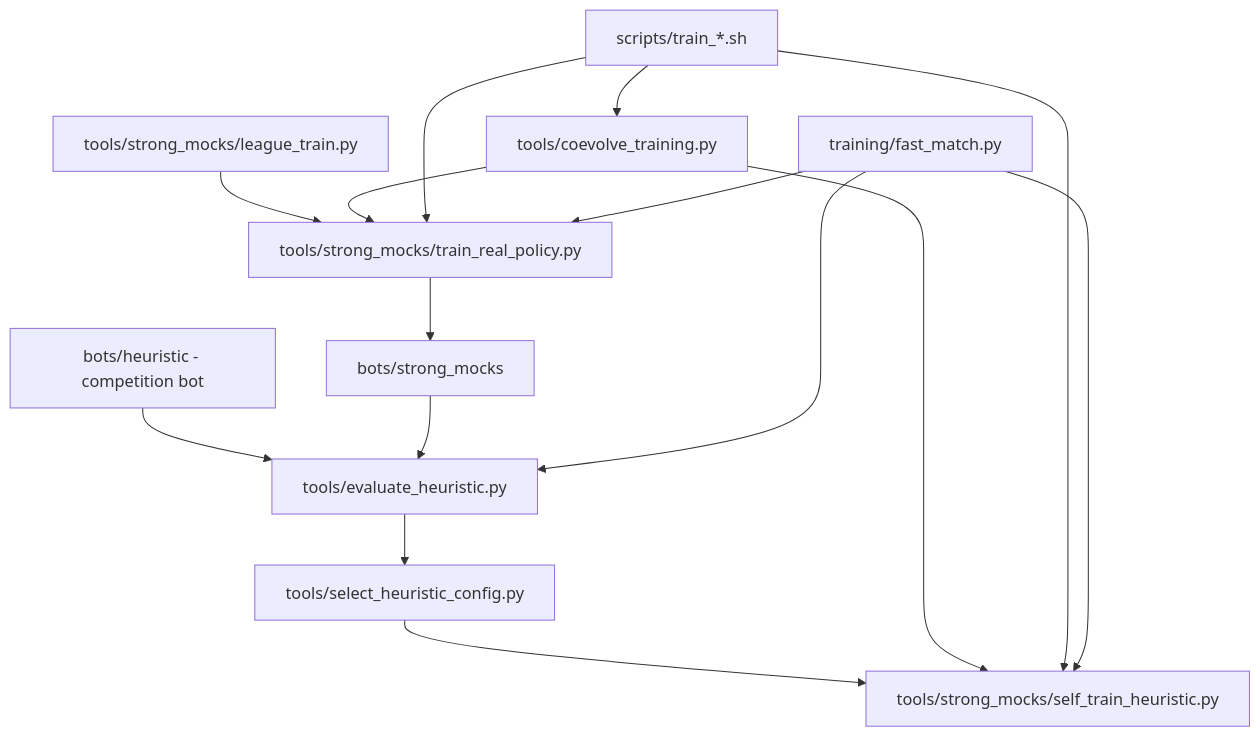
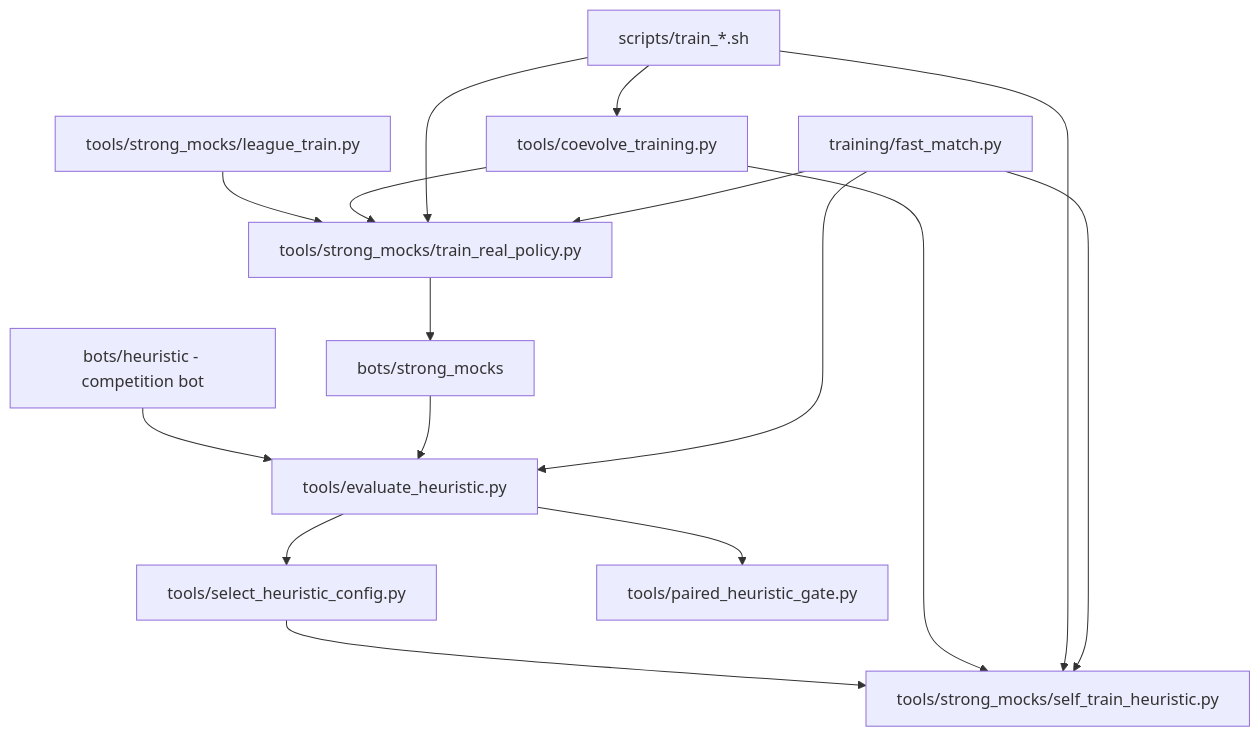
Before and after one commit to kosunghun317/fullhouse-engine: the first of 2 diagrams in docs/training-pipelines.md, drawn with Mermaid. The commit also changed other lines of this file and 9 other files, not shown here.

Commit message:
feat: add targeted profile gate for heuristic bot

````diff
--- a/docs/training-pipelines.md
+++ b/docs/training-pipelines.md
@@ -15,20 +15,21 @@
 ```mermaid
 graph TD
     Heuristic["bots/heuristic - competition bot"] --> Eval["tools/evaluate_heuristic.py"]
     Eval --> Select["tools/select_heuristic_config.py"]
+    Eval --> PairedGate["tools/paired_heuristic_gate.py"]
     Select --> HeurSelf["tools/strong_mocks/self_train_heuristic.py"]
 
     StrongMocks["bots/strong_mocks"] --> Eval
     RealTrain["tools/strong_mocks/train_real_policy.py"] --> StrongMocks
     League["tools/strong_mocks/league_train.py"] --> RealTrain
     Coevolve["tools/coevolve_training.py"] --> RealTrain
     Coevolve --> HeurSelf
 
     Scripts["scripts/train_*.sh"] --> RealTrain
     Scripts --> HeurSelf
     Scripts --> Coevolve
 
     FastRunner["training/fast_match.py"] --> Eval
     FastRunner --> RealTrain
     FastRunner --> HeurSelf
 ```
````
